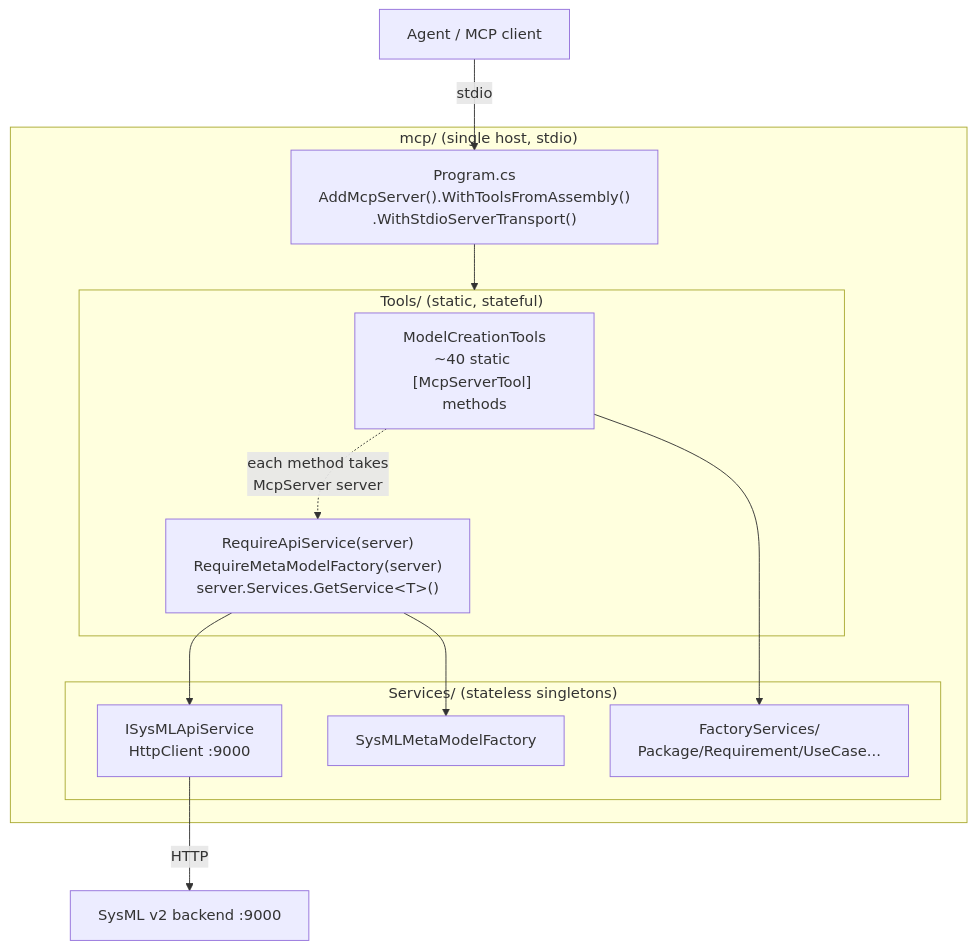
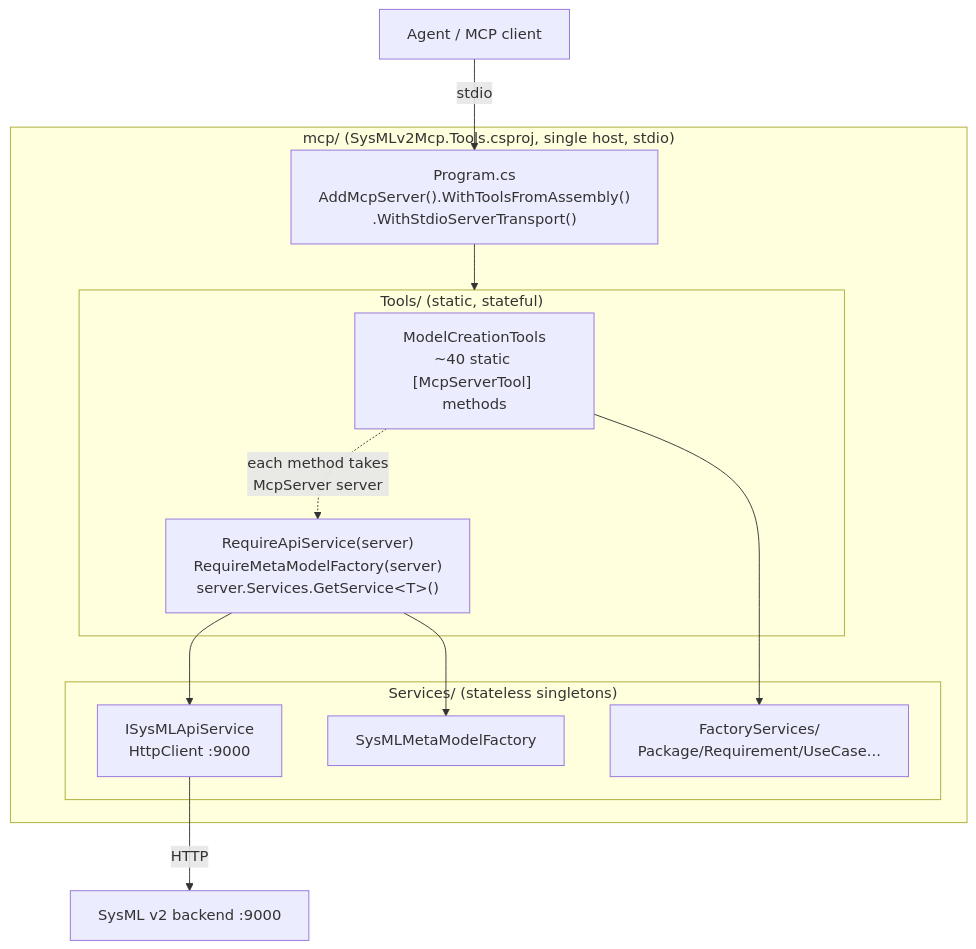
Before and after one commit to hni-ase/SysMLV2-mcp: the first of 5 diagrams in AGENTS.md, drawn with Mermaid. The commit also changed other lines of this file, not shown here.

First line of the commit message:
docs: update AGENTS.md mermaid diagrams and layout for project rename

````diff
--- a/AGENTS.md
+++ b/AGENTS.md
@@ -204,27 +210,27 @@
 ```mermaid
 flowchart TD
     Client[Agent / MCP client]
 
-    subgraph Host["mcp/  (single host, stdio)"]
+    subgraph Host["mcp/  (SysMLv2Mcp.Tools.csproj, single host, stdio)"]
         Prog["Program.cs<br/>AddMcpServer().WithToolsFromAssembly()<br/>.WithStdioServerTransport()"]
 
         subgraph Tools["Tools/  (static, stateful)"]
             MCT["ModelCreationTools<br/>~40 static [McpServerTool] methods"]
             MCT -. "each method takes<br/>McpServer server" .-> SL["RequireApiService(server)<br/>RequireMetaModelFactory(server)<br/>server.Services.GetService&lt;T&gt;()"]
         end
 
         subgraph Svc["Services/  (stateless singletons)"]
             Api["ISysMLApiService<br/>HttpClient :9000"]
             MMF["SysMLMetaModelFactory"]
             Fact["FactoryServices/<br/>Package/Requirement/UseCase..."]
         end
 
         Prog --> Tools
         SL --> Api
         SL --> MMF
         MCT --> Fact
     end
 
     Client -->|stdio| Prog
     Api -->|HTTP| Backend["SysML v2 backend :9000"]
 ```
````
